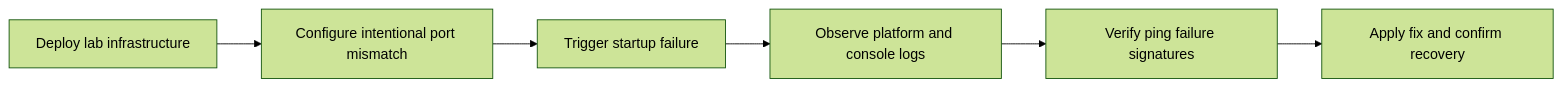
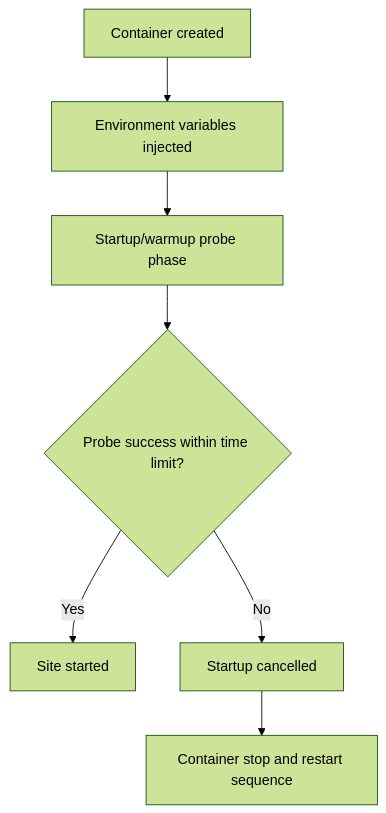
Before and after one commit to yeongseon/azure-app-service-practical-guide: the first of 4 diagrams in docs/troubleshooting/lab-guides/container-http-pings.md, drawn with Mermaid (forest theme). The commit also changed other lines of this file and 327 other files, not shown here.

````diff
--- a/docs/troubleshooting/lab-guides/container-http-pings.md
+++ b/docs/troubleshooting/lab-guides/container-http-pings.md
@@ -3,8 +62,9 @@
 ```mermaid
-graph LR
-    A[Deploy lab infrastructure] --> B[Configure intentional port mismatch]
-    B --> C[Trigger startup failure]
-    C --> D[Observe platform and console logs]
-    D --> E[Verify ping failure signatures]
-    E --> F[Apply fix and confirm recovery]
+flowchart TD
+    A[Container created] --> B[Environment variables injected]
+    B --> C[Startup/warmup probe phase]
+    C --> D{Probe success within time limit?}
+    D -->|Yes| E[Site started]
+    D -->|No| F[Startup cancelled]
+    F --> G[Container stop and restart sequence]
 ```
````
